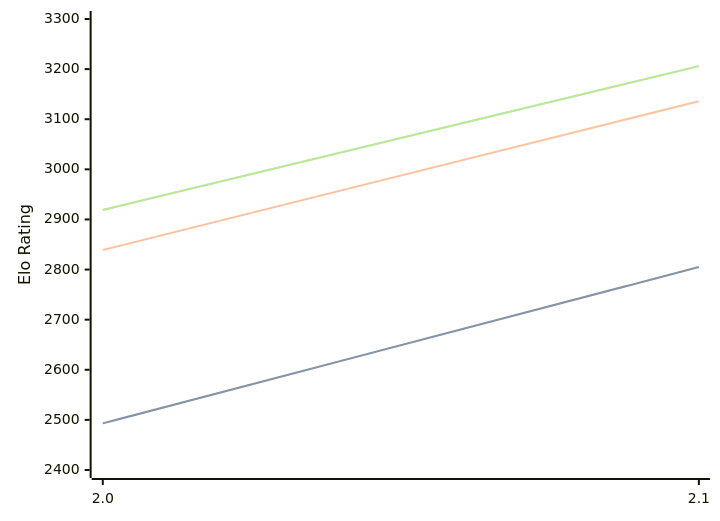
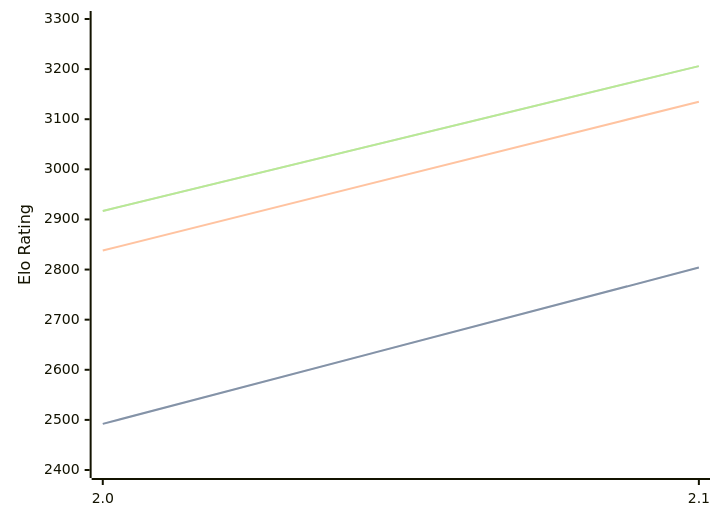
The diagram in engines/Tunguska.md (computer-chess-index/cci), drawn with Mermaid before and after one commit. The commit also changed other lines of this file, not shown here.

Commit message:
Update CCI Ratings (ELO VLTC) - 2026-08-04

````diff
--- a/engines/Tunguska.md
+++ b/engines/Tunguska.md
@@ -32,11 +32,11 @@
 ```mermaid
 %%{init: {"theme":"base","themeVariables":{"seriesColors:['#a3a3a3','#222221','#faa371']}}}%%
 xychart-beta
   x-axis ["2.0", "2.1"]
   y-axis "Elo Rating" 2400 --> 3300
-  line "STC (8.0+0.08s)" [2493, 2805]
-  line "STC (8.0+0.08s)" [2493, 2805]
-  line "LTC (60.0+0.60s)" [2839, 3136]
-  line "VLTC (2m24s+1.12s)" [2919, 3206]
-  line "VLTC (2m24s+1.12s)" [2919, 3206]
+  line "STC (8.0+0.08s)" [2492, 2804]
+  line "STC (8.0+0.08s)" [2492, 2804]
+  line "LTC (60.0+0.60s)" [2838, 3135]
+  line "VLTC (2m24s+1.12s)" [2917, 3206]
+  line "VLTC (2m24s+1.12s)" [2917, 3206]
 ```
````
